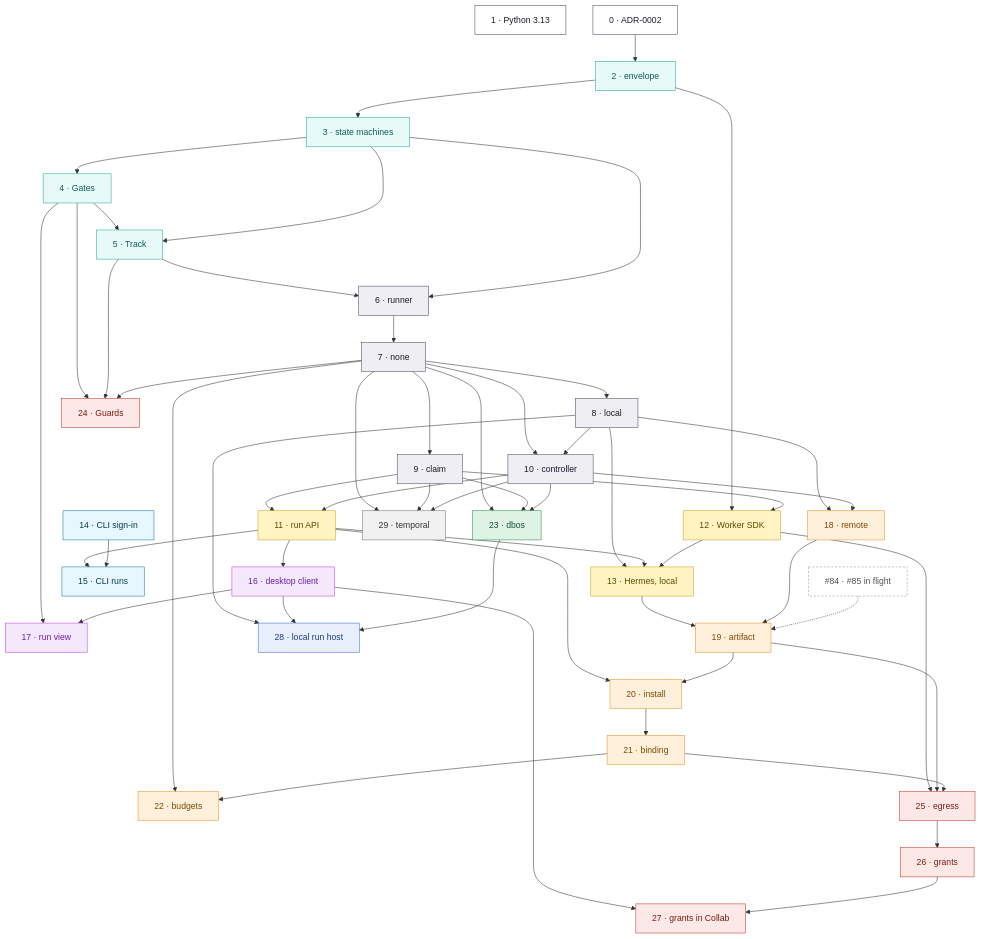
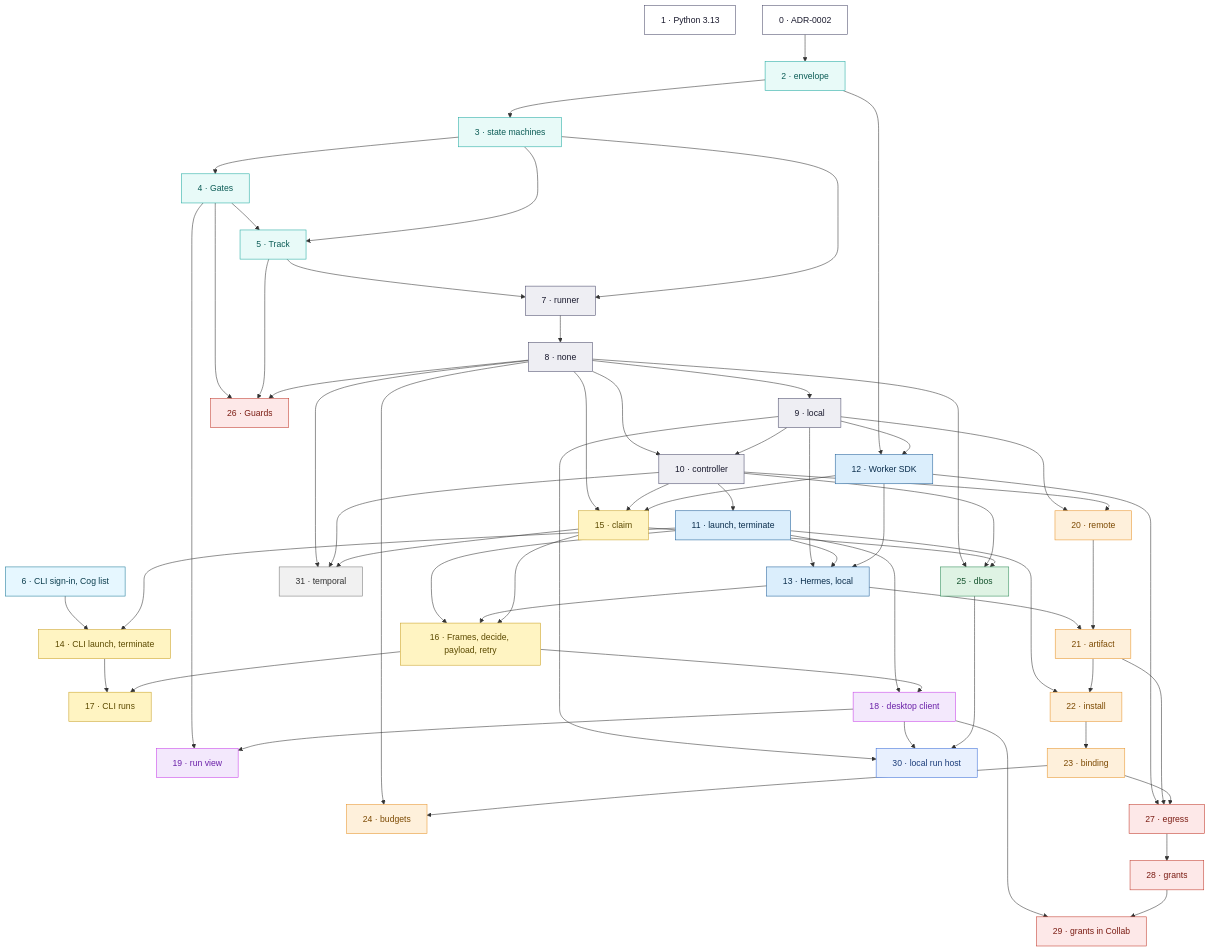
Before and after one commit to InessaPawson/collab-hub-pack: the second of 5 diagrams in COG_EXECUTION.md, drawn with Mermaid. The commit also changed other lines of this file, not shown here.

````diff
--- a/COG_EXECUTION.md
+++ b/COG_EXECUTION.md
@@ -965,51 +1011,52 @@
 ```mermaid
 flowchart TD
   ph1["1 · Python 3.13"]
-  ph0["0 · ADR-0002"] --> ph2["2 · envelope"] --> ph3["3 · state machines"] --> ph4["4 · Gates"] --> ph5["5 · Track"] --> ph6["6 · runner"] --> ph7["7 · none"]
-  ph3 --> ph5 & ph6
-  ph7 --> ph8["8 · local"] & ph9["9 · claim"]
-  ph7 & ph8 --> ph10["10 · controller"]
-  ph9 & ph10 --> ph11["11 · run API"]
-  ph14["14 · CLI sign-in"]
+  ph0["0 · ADR-0002"] --> ph2["2 · envelope"] --> ph3["3 · state machines"] --> ph4["4 · Gates"] --> ph5["5 · Track"] --> ph7["7 · runner"] --> ph8["8 · none"]
+  ph6["6 · CLI sign-in, Cog list"]
+  ph3 --> ph5 & ph7
+  ph8 --> ph9["9 · local"]
+  ph8 & ph9 --> ph10["10 · controller"] --> ph11["11 · launch, terminate"]
   ph2 & ph9 --> ph12["12 · Worker SDK"]
-  ph8 & ph11 & ph12 --> ph13["13 · Hermes, local"]
-  ph11 & ph14 --> ph15["15 · CLI runs"]
-  ph11 --> ph16["16 · desktop client"]
-  ph4 & ph16 --> ph17["17 · run view"]
-  ph8 & ph10 --> ph18["18 · remote"]
-  ph13 & ph18 --> ph19["19 · artifact"]
-  reg["#84 · #85 in flight"] -.-> ph19
-  ph11 & ph19 --> ph20["20 · install"] --> ph21["21 · binding"]
-  ph7 & ph21 --> ph22["22 · budgets"]
-  ph7 & ph9 & ph10 --> ph23["23 · dbos"]
-  ph4 & ph5 & ph7 --> ph24["24 · Guards"]
-  ph12 & ph19 & ph21 --> ph25["25 · egress"] --> ph26["26 · grants"]
-  ph16 & ph26 --> ph27["27 · grants in Collab"]
-  ph8 & ph16 & ph23 --> ph28["28 · local run host"]
-  ph7 & ph9 & ph10 --> ph29["29 · temporal"]
+  ph9 & ph11 & ph12 --> ph13["13 · Hermes, local"]
+  ph6 & ph11 --> ph14["14 · CLI launch, terminate"]
+  ph8 & ph10 & ph12 --> ph15["15 · claim"]
+  ph11 & ph13 & ph15 --> ph16["16 · Frames, decide, payload, retry"]
+  ph14 & ph16 --> ph17["17 · CLI runs"]
+  ph11 & ph16 --> ph18["18 · desktop client"]
+  ph4 & ph18 --> ph19["19 · run view"]
+  ph9 & ph10 --> ph20["20 · remote"]
+  ph13 & ph20 --> ph21["21 · artifact"]
+  ph11 & ph21 --> ph22["22 · install"] --> ph23["23 · binding"]
+  ph8 & ph23 --> ph24["24 · budgets"]
+  ph8 & ph10 & ph15 --> ph25["25 · dbos"]
+  ph4 & ph5 & ph8 --> ph26["26 · Guards"]
+  ph12 & ph21 & ph23 --> ph27["27 · egress"] --> ph28["28 · grants"]
+  ph18 & ph28 --> ph29["29 · grants in Collab"]
+  ph9 & ph18 & ph25 --> ph30["30 · local run host"]
+  ph8 & ph10 & ph15 --> ph31["31 · temporal"]
 
   classDef m0 fill:#ffffff,stroke:#4a4a6a,color:#1a1a2e
   classDef m1 fill:#e8faf8,stroke:#20aaa1,color:#0d5d57
-  classDef m2 fill:#eeeef3,stroke:#4a4a6a,color:#1a1a2e
-  classDef m3 fill:#fff4c2,stroke:#c9a227,color:#5c4a00
-  classDef m4 fill:#e6f7ff,stroke:#1f7a99,color:#0b3d4d
-  classDef m5 fill:#f3e8fc,stroke:#c840e9,color:#6b21a8
-  classDef m6 fill:#fef0db,stroke:#e8952c,color:#7c4a03
-  classDef m7 fill:#dff3e4,stroke:#2e8b57,color:#14532d
-  classDef m8 fill:#fde8e8,stroke:#c0392b,color:#7b1d14
-  classDef m9 fill:#e8f0fe,stroke:#3b6fd8,color:#1c3d7a
-  classDef m10 fill:#f1f1f1,stroke:#777,color:#333
-  classDef ext fill:#ffffff,stroke:#999,color:#555,stroke-dasharray: 4 3
+  classDef m2 fill:#e6f7ff,stroke:#1f7a99,color:#0b3d4d
+  classDef m3 fill:#eeeef3,stroke:#4a4a6a,color:#1a1a2e
+  classDef m4 fill:#dbeefc,stroke:#1f5f99,color:#0b2e4d
+  classDef m5 fill:#fff4c2,stroke:#c9a227,color:#5c4a00
+  classDef m6 fill:#f3e8fc,stroke:#c840e9,color:#6b21a8
+  classDef m7 fill:#fef0db,stroke:#e8952c,color:#7c4a03
+  classDef m8 fill:#dff3e4,stroke:#2e8b57,color:#14532d
+  classDef m9 fill:#fde8e8,stroke:#c0392b,color:#7b1d14
+  classDef m10 fill:#e8f0fe,stroke:#3b6fd8,color:#1c3d7a
+  classDef m11 fill:#f1f1f1,stroke:#777,color:#333
   class ph0,ph1 m0
   class ph2,ph3,ph4,ph5 m1
-  class ph6,ph7,ph8,ph9,ph10 m2
-  class ph11,ph12,ph13 m3
-  class ph14,ph15 m4
-  class ph16,ph17 m5
-  class ph18,ph19,ph20,ph21,ph22 m6
-  class ph23 m7
-  class ph24,ph25,ph26,ph27 m8
-  class ph28 m9
-  class ph29 m10
-  class reg ext
+  class ph6 m2
+  class ph7,ph8,ph9,ph10 m3
+  class ph11,ph12,ph13 m4
+  class ph14,ph15,ph16,ph17 m5
+  class ph18,ph19 m6
+  class ph20,ph21,ph22,ph23,ph24 m7
+  class ph25 m8
+  class ph26,ph27,ph28,ph29 m9
+  class ph30 m10
+  class ph31 m11
 ```
````
